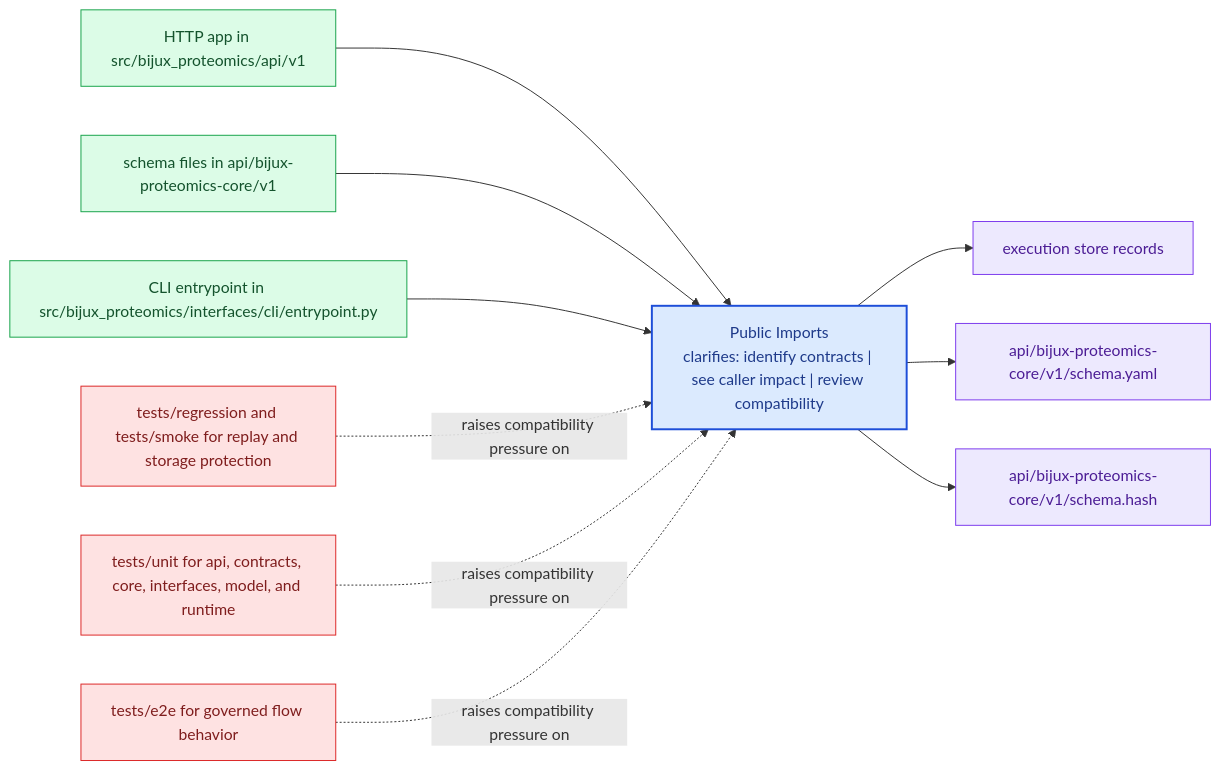
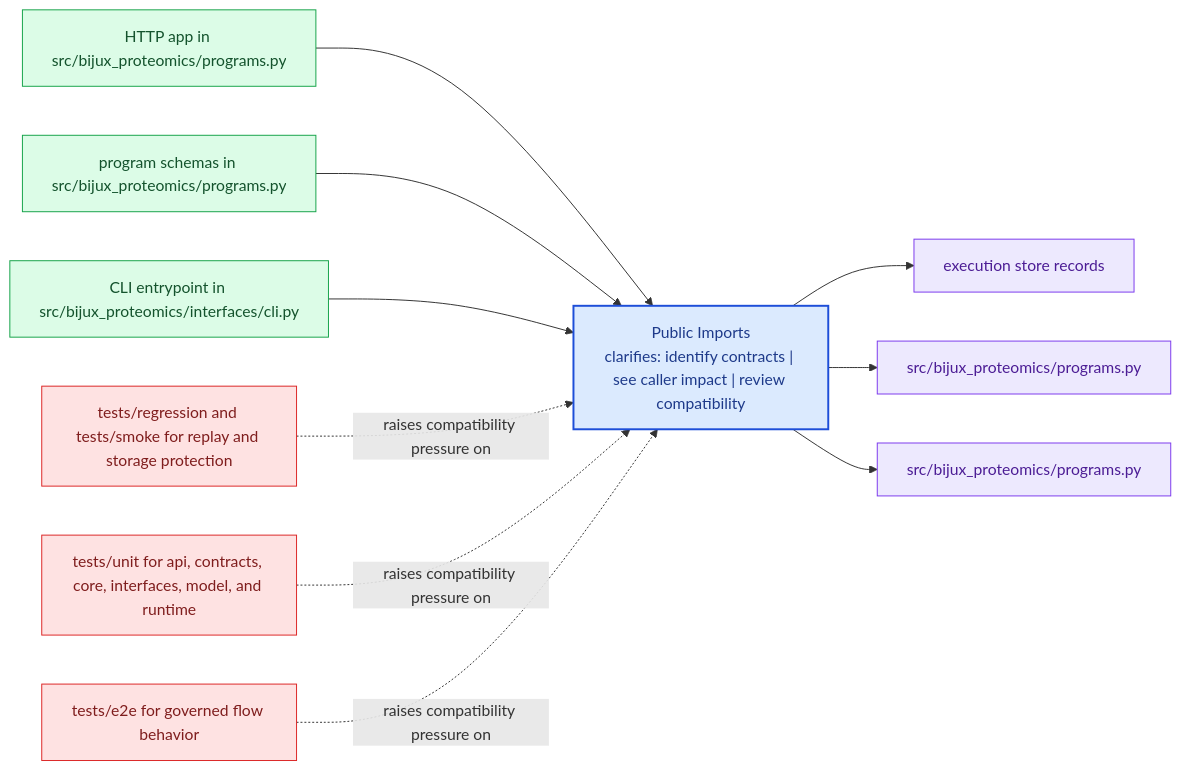
One commit to bijux/bijux-proteomics changed the diagram in docs/bijux-proteomics-core/interfaces/public-imports.md. Above: the diagram before and after it, drawn with Mermaid. The commit also changed other lines of this file and 24 other files, not shown here.

Commit message:
docs(bijux-proteomics-core): realign handbook around program contracts and lifecycle models

````diff
--- a/docs/bijux-proteomics-core/interfaces/public-imports.md
+++ b/docs/bijux-proteomics-core/interfaces/public-imports.md
@@ -23,31 +23,31 @@
 ```mermaid
 flowchart LR
     page["Public Imports<br/>clarifies: identify contracts | see caller impact | review compatibility"]
     classDef page fill:#dbeafe,stroke:#1d4ed8,color:#1e3a8a,stroke-width:2px;
     classDef positive fill:#dcfce7,stroke:#16a34a,color:#14532d;
     classDef caution fill:#fee2e2,stroke:#dc2626,color:#7f1d1d;
     classDef anchor fill:#ede9fe,stroke:#7c3aed,color:#4c1d95;
     classDef action fill:#fef3c7,stroke:#d97706,color:#7c2d12;
-    surface1["HTTP app in src/bijux_proteomics/api/v1"]
+    surface1["HTTP app in src/bijux_proteomics/programs.py"]
     surface1 --> page
-    surface2["schema files in api/bijux-proteomics-core/v1"]
+    surface2["program schemas in src/bijux_proteomics/programs.py"]
     surface2 --> page
-    surface3["CLI entrypoint in src/bijux_proteomics/interfaces/cli/entrypoint.py"]
+    surface3["CLI entrypoint in src/bijux_proteomics/interfaces/cli.py"]
     surface3 --> page
     proof1["execution store records"]
     page --> proof1
-    proof2["api/bijux-proteomics-core/v1/schema.yaml"]
+    proof2["src/bijux_proteomics/programs.py"]
     page --> proof2
-    proof3["api/bijux-proteomics-core/v1/schema.hash"]
+    proof3["src/bijux_proteomics/programs.py"]
     page --> proof3
     review1["tests/regression and tests/smoke for replay and storage protection"]
     review1 -.raises compatibility pressure on.-> page
     review2["tests/unit for api, contracts, core, interfaces, model, and runtime"]
     review2 -.raises compatibility pressure on.-> page
     review3["tests/e2e for governed flow behavior"]
     review3 -.raises compatibility pressure on.-> page
     class page page;
     class surface1,surface2,surface3 positive;
     class proof1,proof2,proof3 anchor;
     class review1,review2,review3 caution;
 ```
````
